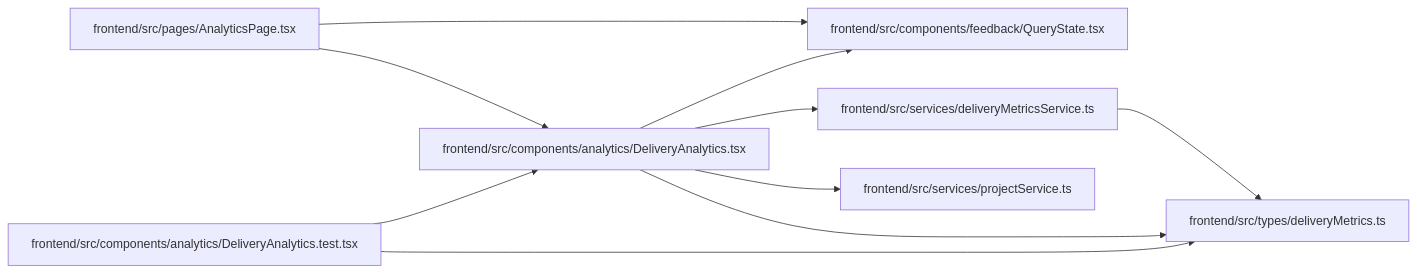
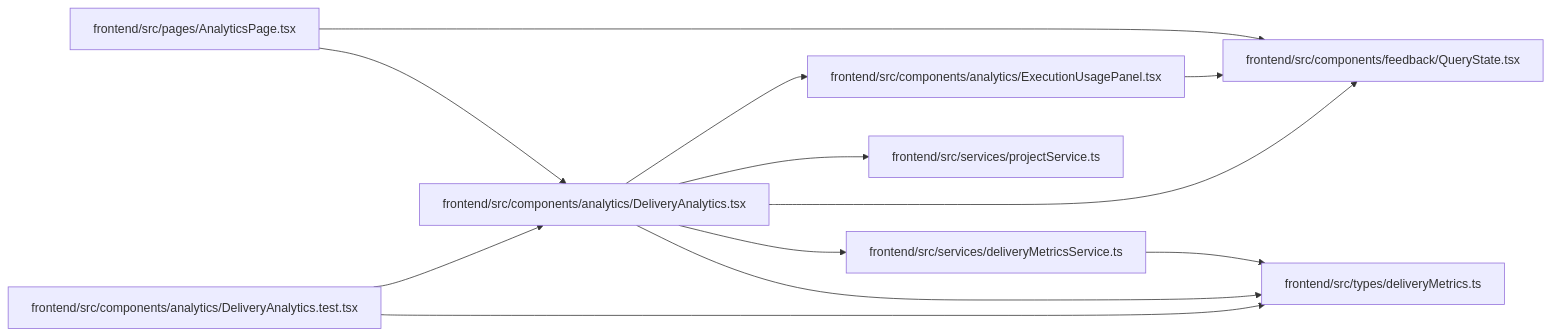
The diagram in docs/llm_wiki/modules/DeliveryAnalytics.md (Denissvgn/WorkChord), drawn with Mermaid before and after one commit. The commit also changed other lines of this file and 623 other files, not shown here.

Commit message:
docs(wiki): synchronize execution usage and pricing evidence

````diff
--- a/docs/llm_wiki/modules/DeliveryAnalytics.md
+++ b/docs/llm_wiki/modules/DeliveryAnalytics.md
@@ -33,26 +34,30 @@
 ```mermaid
 flowchart LR
     n0["frontend/src/components/analytics/DeliveryAnalytics.test.tsx"]
     n1["frontend/src/components/analytics/DeliveryAnalytics.tsx"]
-    n2["frontend/src/components/feedback/QueryState.tsx"]
-    n3["frontend/src/pages/AnalyticsPage.tsx"]
-    n4["frontend/src/services/deliveryMetricsService.ts"]
-    n5["frontend/src/services/projectService.ts"]
-    n6["frontend/src/types/deliveryMetrics.ts"]
+    n2["frontend/src/components/analytics/ExecutionUsagePanel.tsx"]
+    n3["frontend/src/components/feedback/QueryState.tsx"]
+    n4["frontend/src/pages/AnalyticsPage.tsx"]
+    n5["frontend/src/services/deliveryMetricsService.ts"]
+    n6["frontend/src/services/projectService.ts"]
+    n7["frontend/src/types/deliveryMetrics.ts"]
     n0 --> n1
-    n0 --> n6
+    n0 --> n7
     n1 --> n2
-    n1 --> n4
+    n1 --> n3
     n1 --> n5
     n1 --> n6
-    n3 --> n1
-    n3 --> n2
-    n4 --> n6
+    n1 --> n7
+    n2 --> n3
+    n4 --> n1
+    n4 --> n3
+    n5 --> n7
     click n0 "../modules/DeliveryAnalytics.test.md"
     click n1 "../modules/DeliveryAnalytics.md"
-    click n2 "../modules/QueryState.md"
-    click n3 "../modules/AnalyticsPage.md"
-    click n4 "../modules/deliveryMetricsService.md"
-    click n5 "../modules/projectService.md"
-    click n6 "../modules/deliveryMetrics.md"
+    click n2 "../modules/ExecutionUsagePanel.md"
+    click n3 "../modules/QueryState.md"
+    click n4 "../modules/AnalyticsPage.md"
+    click n5 "../modules/deliveryMetricsService.md"
+    click n6 "../modules/projectService.md"
+    click n7 "../modules/deliveryMetrics.md"
 ```
````
